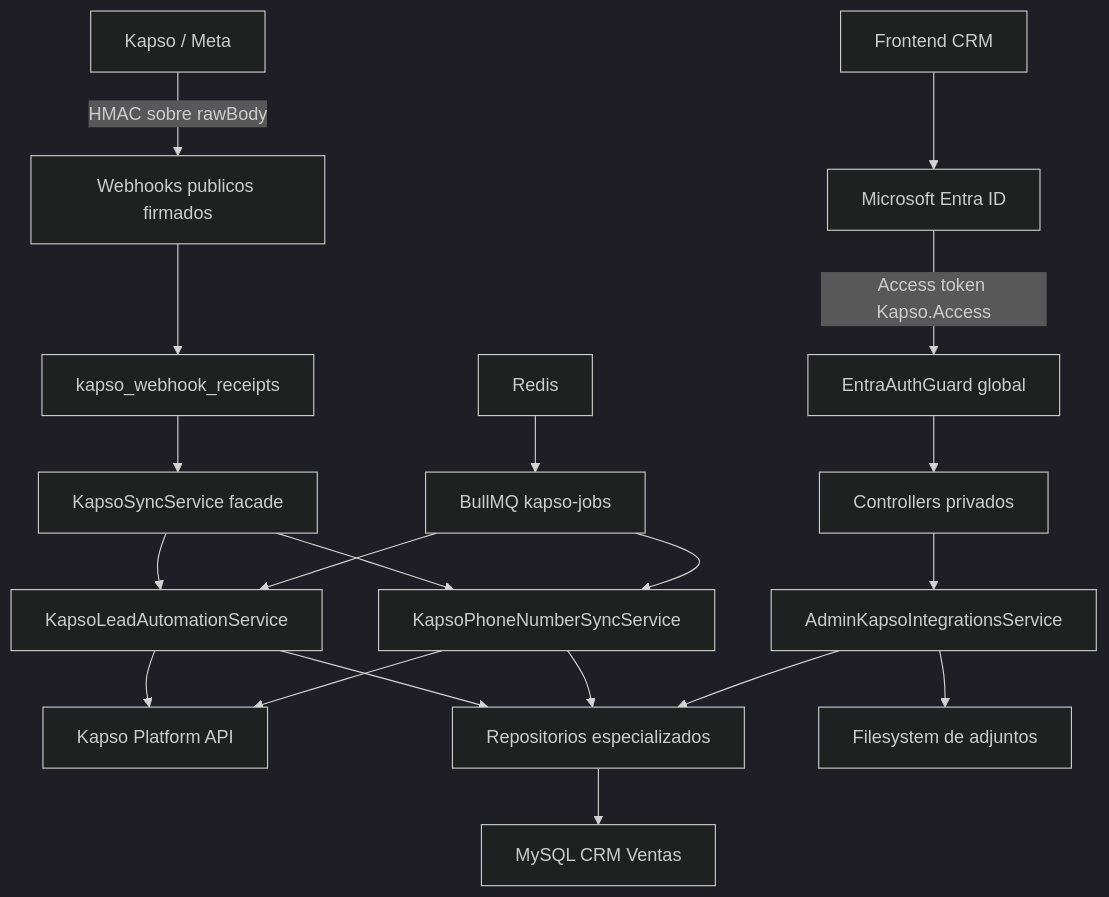
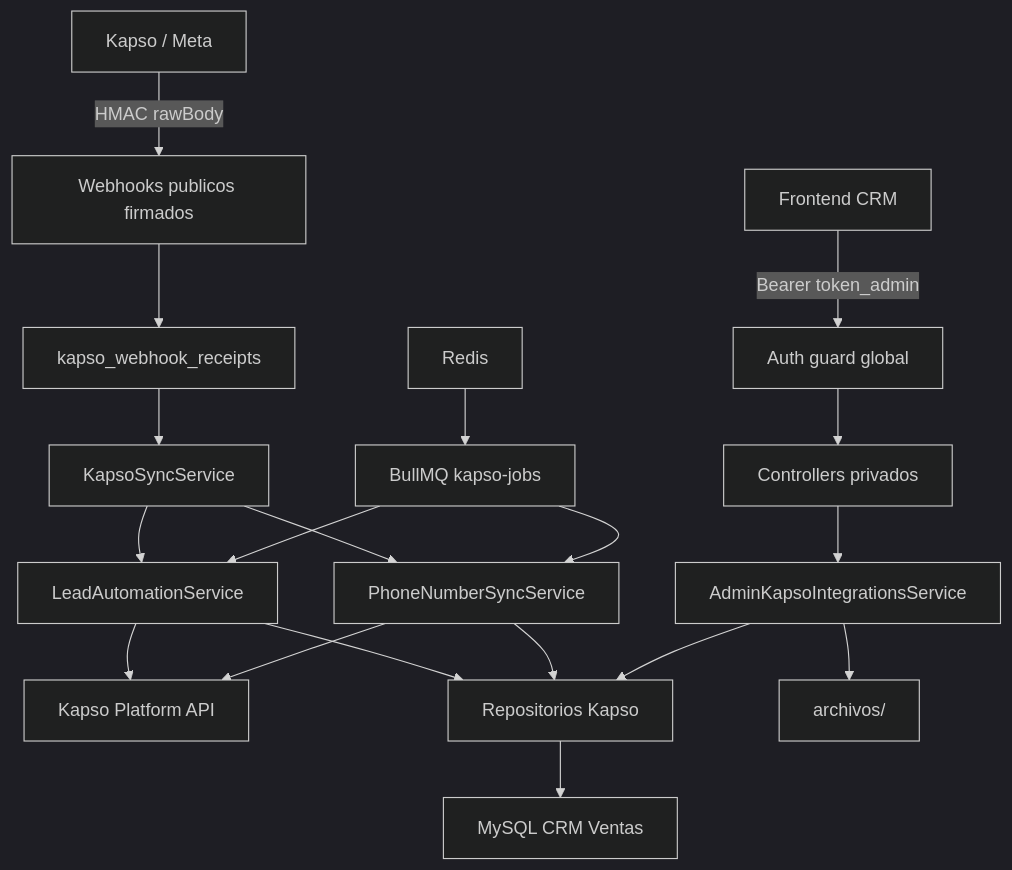
The second of 9 diagrams in README.md (roccacr/CRM_VENTAS), drawn with Mermaid (dark theme) before and after one commit. The commit also changed other lines of this file and 19 other files, not shown here.

````diff
--- a/README.md
+++ b/README.md
@@ -256,26 +163,25 @@
 ```mermaid
 flowchart TD
-  CRM["Frontend CRM"] --> ENTRA["Microsoft Entra ID"]
-  ENTRA -->|"Access token Kapso.Access"| GUARD["EntraAuthGuard global"]
+  CRM["Frontend CRM"] -->|"Bearer token_admin"| GUARD["Auth guard global"]
   GUARD --> REST["Controllers privados"]
 
-  K["Kapso / Meta"] -->|"HMAC sobre rawBody"| WH["Webhooks publicos firmados"]
-  WH --> INBOX["kapso_webhook_receipts"]
-  INBOX --> FACADE["KapsoSyncService facade"]
+  KAPSO["Kapso / Meta"] -->|"HMAC rawBody"| WH["Webhooks publicos firmados"]
+  WH --> RECEIPTS["kapso_webhook_receipts"]
+  RECEIPTS --> SYNC["KapsoSyncService"]
 
   REDIS["Redis"] --> QUEUE["BullMQ kapso-jobs"]
-  QUEUE --> PHONE["KapsoPhoneNumberSyncService"]
-  QUEUE --> LEADS["KapsoLeadAutomationService"]
+  QUEUE --> PHONE["PhoneNumberSyncService"]
+  QUEUE --> LEADS["LeadAutomationService"]
 
   REST --> ADMIN["AdminKapsoIntegrationsService"]
-  FACADE --> PHONE
-  FACADE --> LEADS
-  PHONE --> KAPSO["Kapso Platform API"]
-  LEADS --> KAPSO
+  SYNC --> PHONE
+  SYNC --> LEADS
+  PHONE --> API["Kapso Platform API"]
+  LEADS --> API
 
-  ADMIN --> REPOS["Repositorios especializados"]
+  ADMIN --> REPOS["Repositorios Kapso"]
   PHONE --> REPOS
   LEADS --> REPOS
   REPOS --> DB["MySQL CRM Ventas"]
-  ADMIN --> FS["Filesystem de adjuntos"]
+  ADMIN --> FS["archivos/"]
 ```
````
